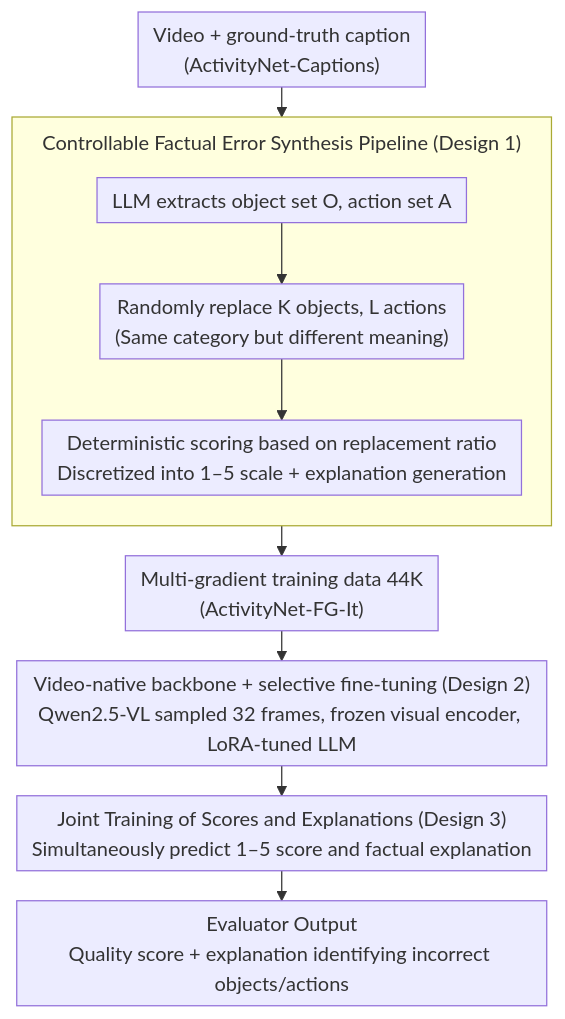
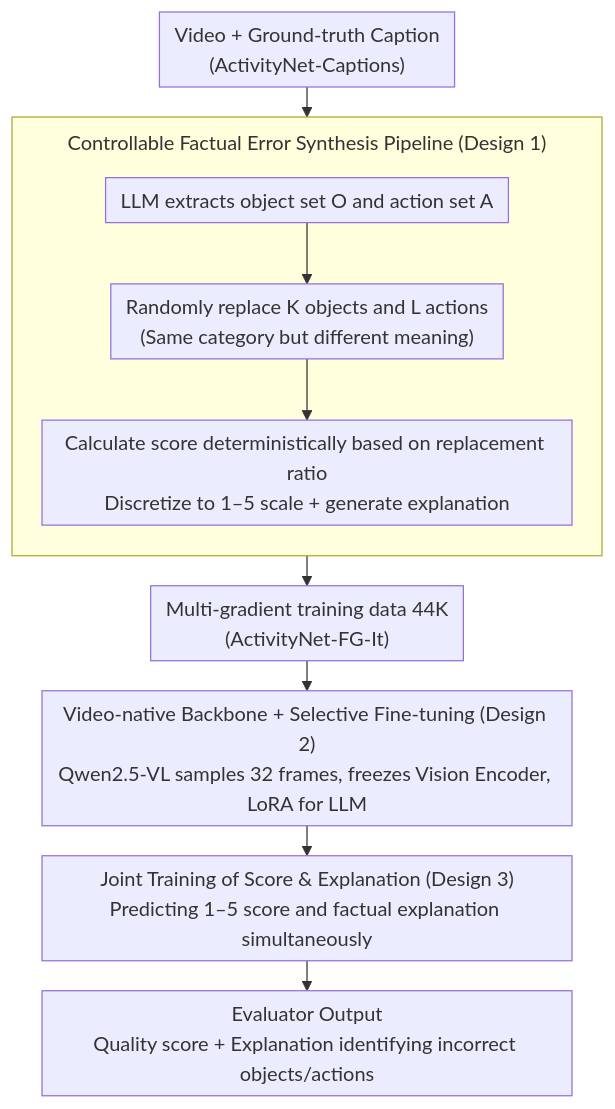
The diagram in docs/ACL2026/llm_evaluation/vc-inspector_advancing_reference-free_evaluation_of_video_captions_with_factual_.md (zhaoyang97/Paper-Notes-en), drawn with Mermaid before and after one commit. The commit also changed other lines of this file and 5084 other files, not shown here.

````diff
--- a/docs/ACL2026/llm_evaluation/vc-inspector_advancing_reference-free_evaluation_of_video_captions_with_factual_.md
+++ b/docs/ACL2026/llm_evaluation/vc-inspector_advancing_reference-free_evaluation_of_video_captions_with_factual_.md
@@ -44,14 +44,14 @@
 ```mermaid
 %%{init: {'flowchart': {'rankSpacing': 24, 'nodeSpacing': 28, 'padding': 6, 'wrappingWidth': 400, 'subGraphTitleMargin': {'top': 8, 'bottom': 16}}}}%%
 flowchart TD
-    A["Video + ground-truth caption<br/>(ActivityNet-Captions)"] --> S1
+    A["Video + Ground-truth Caption<br/>(ActivityNet-Captions)"] --> S1
     subgraph S1["Controllable Factual Error Synthesis Pipeline (Design 1)"]
         direction TB
-        B["LLM extracts object set O, action set A"] --> C["Randomly replace K objects, L actions<br/>(Same category but different meaning)"]
-        C --> D["Deterministic scoring based on replacement ratio<br/>Discretized into 1–5 scale + explanation generation"]
+        B["LLM extracts object set O and action set A"] --> C["Randomly replace K objects and L actions<br/>(Same category but different meaning)"]
+        C --> D["Calculate score deterministically based on replacement ratio<br/>Discretize to 1–5 scale + generate explanation"]
     end
     S1 --> E["Multi-gradient training data 44K<br/>(ActivityNet-FG-It)"]
-    E --> F["Video-native backbone + selective fine-tuning (Design 2)<br/>Qwen2.5-VL sampled 32 frames, frozen visual encoder, LoRA-tuned LLM"]
-    F --> G["Joint Training of Scores and Explanations (Design 3)<br/>Simultaneously predict 1–5 score and factual explanation"]
-    G --> H["Evaluator Output<br/>Quality score + explanation identifying incorrect objects/actions"]
+    E --> F["Video-native Backbone + Selective Fine-tuning (Design 2)<br/>Qwen2.5-VL samples 32 frames, freezes Vision Encoder, LoRA for LLM"]
+    F --> G["Joint Training of Score & Explanation (Design 3)<br/>Predicting 1–5 score and factual explanation simultaneously"]
+    G --> H["Evaluator Output<br/>Quality score + Explanation identifying incorrect objects/actions"]
 ```
````
